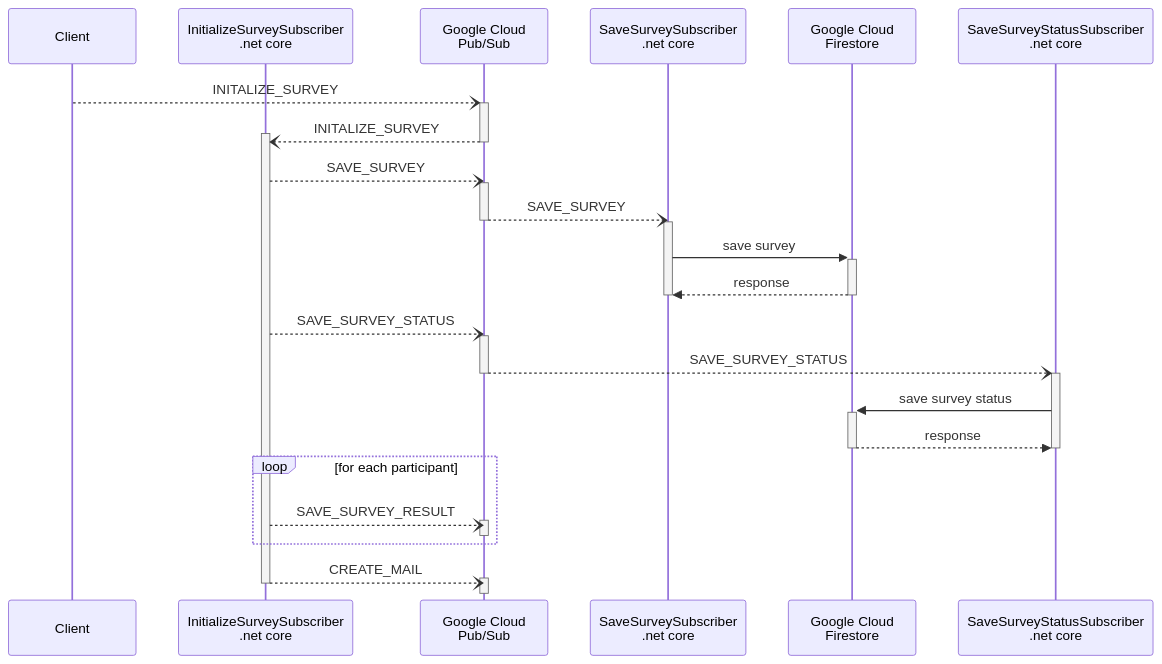
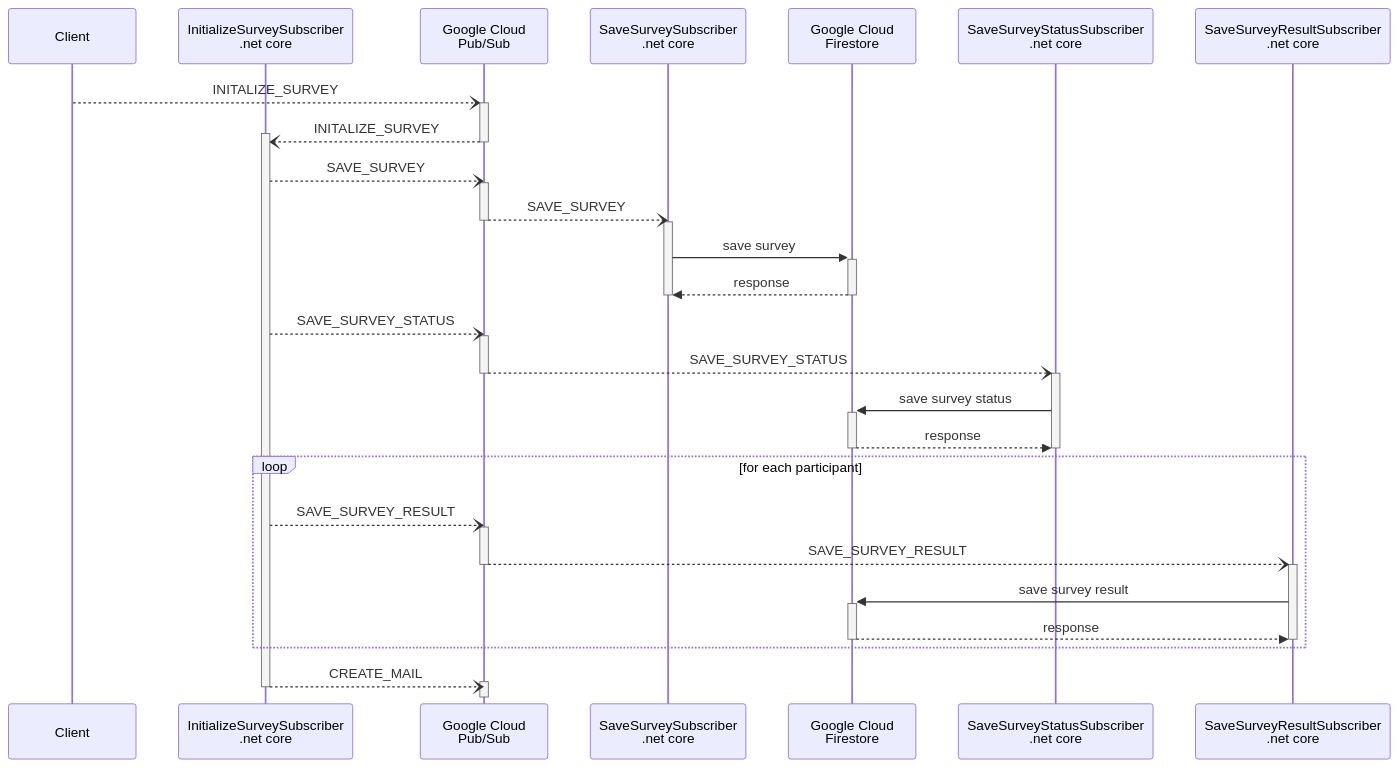
The diagram in doc/initialize-survey.mermaid (MichaelDiers/surveys), drawn with Mermaid before and after one commit. The commit also changed 1 other file, not shown here.

```diff
--- a/doc/initialize-survey.mermaid
+++ b/doc/initialize-survey.mermaid
@@ -1,38 +1,46 @@
 sequenceDiagram
     participant C as Client
     participant InitSurvey as InitializeSurveySubscriber<br>.net core
     participant PS as Google Cloud<br>Pub/Sub
     participant SaveSurvey as SaveSurveySubscriber<br>.net core
     participant F as Google Cloud<br>Firestore
     participant SaveSurveyStatus as SaveSurveyStatusSubscriber<br>.net core
+    participant SaveSurveyResult as SaveSurveyResultSubscriber<br>.net core
     C--)+PS: INITALIZE_SURVEY
     PS--)+InitSurvey: INITALIZE_SURVEY
     deactivate PS
     %% SAVE_SURVEY
     InitSurvey--)PS: SAVE_SURVEY
     activate PS
     PS--)SaveSurvey: SAVE_SURVEY
     deactivate PS
     activate SaveSurvey
     SaveSurvey->>+F: save survey
     F-->>SaveSurvey: response
     deactivate F
     deactivate SaveSurvey
     %% SAVE_SURVEY_STATUS
     InitSurvey--)PS: SAVE_SURVEY_STATUS
     activate PS
     PS--)+SaveSurveyStatus: SAVE_SURVEY_STATUS
     deactivate PS
     SaveSurveyStatus->>+F: save survey status
     F-->>SaveSurveyStatus: response
     deactivate F
     deactivate SaveSurveyStatus
+    %% SAVE_SURVEY_RESULT
     loop for each participant
         InitSurvey--)PS: SAVE_SURVEY_RESULT
         activate PS
+        PS--)+SaveSurveyResult: SAVE_SURVEY_RESULT
         deactivate PS
+        SaveSurveyResult->>+F: save survey result
+        F-->>SaveSurveyResult: response
+        deactivate F
+        deactivate SaveSurveyResult
     end
+    %% CREATE_MAIL
     InitSurvey--)PS: CREATE_MAIL
     activate PS
     deactivate PS
     deactivate InitSurvey
```
